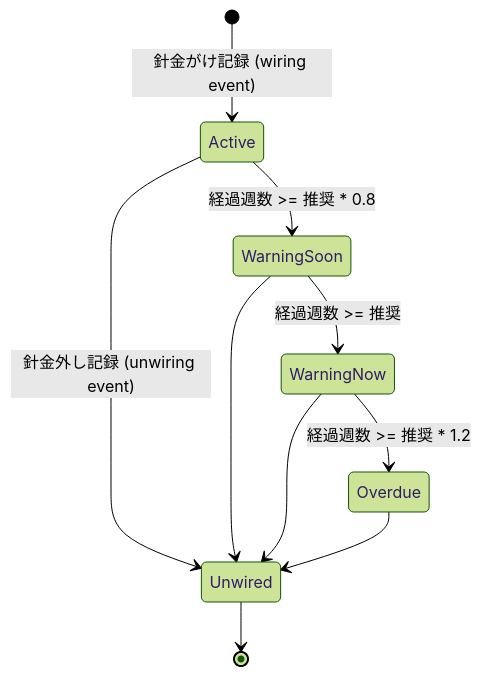
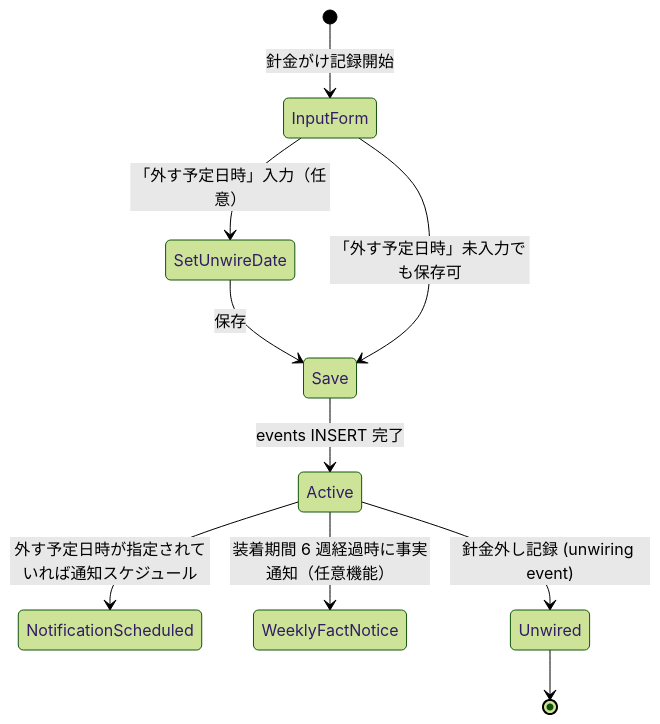
The fourth of 18 diagrams in docs/reference/functional_spec.md (doooooraku/BonsaiLog), drawn with Mermaid (forest theme) before and after one commit. The commit also changed other lines of this file and 5 other files, not shown here.

````diff
--- a/docs/reference/functional_spec.md
+++ b/docs/reference/functional_spec.md
@@ -1198,12 +807,12 @@
 ```mermaid
 stateDiagram-v2
-  [*] --> Active: 針金がけ記録 (wiring event)
-  Active --> WarningSoon: 経過週数 >= 推奨 * 0.8
-  WarningSoon --> WarningNow: 経過週数 >= 推奨
-  WarningNow --> Overdue: 経過週数 >= 推奨 * 1.2
+  [*] --> InputForm: 針金がけ記録開始
+  InputForm --> SetUnwireDate: 「外す予定日時」入力（任意）
+  SetUnwireDate --> Save: 保存
+  InputForm --> Save: 「外す予定日時」未入力でも保存可
+  Save --> Active: events INSERT 完了
+  Active --> NotificationScheduled: 外す予定日時が指定されていれば通知スケジュール
+  Active --> WeeklyFactNotice: 装着期間 6 週経過時に事実通知（任意機能）
   Active --> Unwired: 針金外し記録 (unwiring event)
-  WarningSoon --> Unwired
-  WarningNow --> Unwired
-  Overdue --> Unwired
   Unwired --> [*]
 ```
````
